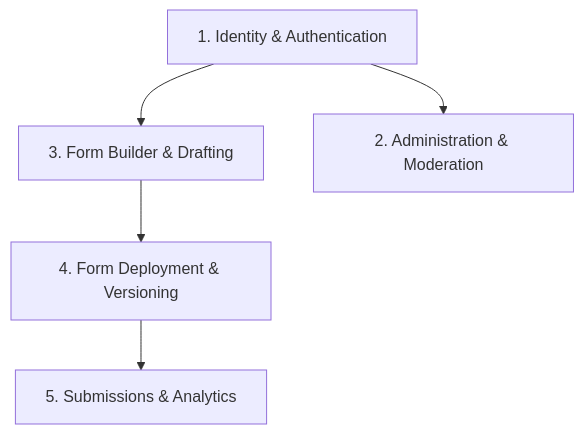
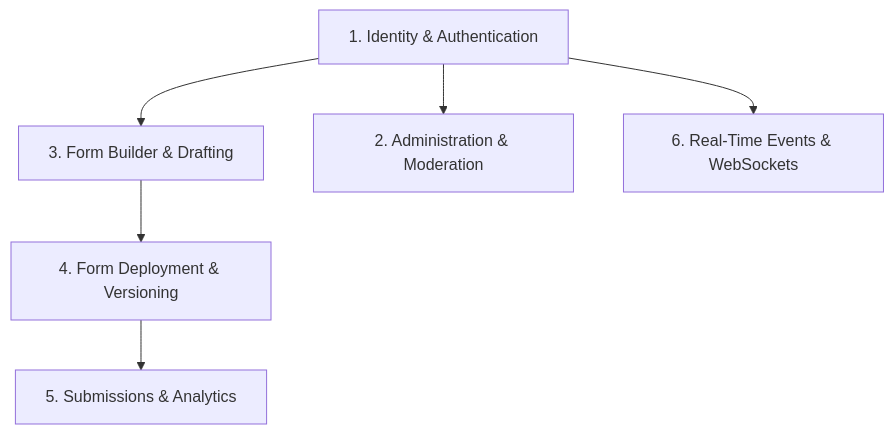
One commit to jasim-sct/machine-test changed the diagram in docs/domains/README.md. Above: the diagram before and after it, drawn with Mermaid. The commit also changed other lines of this file and 111 other files, not shown here.

````diff
--- a/docs/domains/README.md
+++ b/docs/domains/README.md
@@ -5,7 +5,8 @@
 ```mermaid
 graph TD
     Identity["1. Identity & Authentication"] --> FormDrafting["3. Form Builder & Drafting"]
     Identity --> AdminDomain["2. Administration & Moderation"]
+    Identity --> RealtimeDomain["6. Real-Time Events & WebSockets"]
     FormDrafting --> FormDeploy["4. Form Deployment & Versioning"]
     FormDeploy --> Submissions["5. Submissions & Analytics"]
 ```
````
